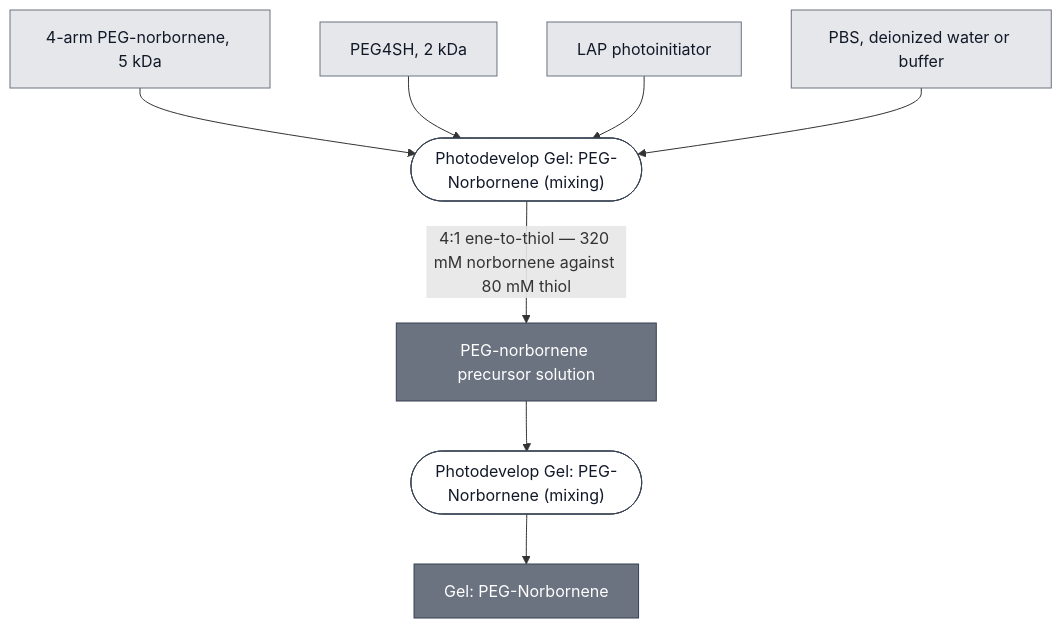
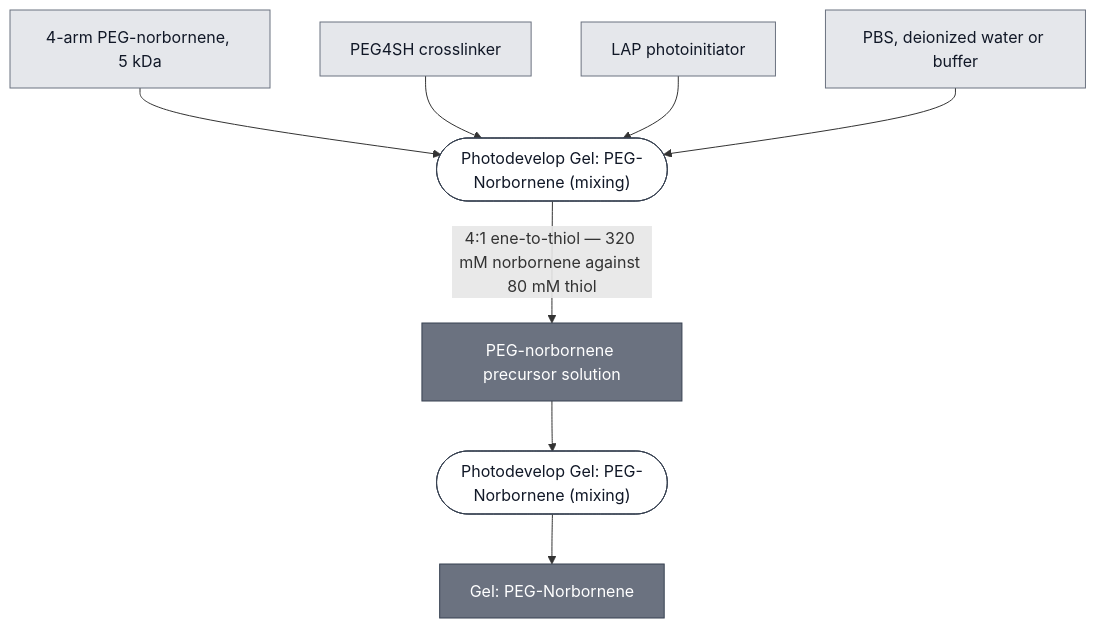
One commit to nucleus-eng/nucleus-docs changed the diagram in docs/modules/gel-peg-norbornene/spec.md. Above: the diagram before and after it, drawn with Mermaid. The commit also changed 15 other files, not shown here.

````diff
--- a/docs/modules/gel-peg-norbornene/spec.md
+++ b/docs/modules/gel-peg-norbornene/spec.md
@@ -32,33 +32,33 @@
 ```mermaid
 flowchart TD
     PEG4NB["4-arm PEG-norbornene, 5 kDa"]
-    PEG4SH["PEG4SH, 2 kDa"]
+    PEG4SH["PEG4SH crosslinker"]
     LAP["LAP photoinitiator"]
     SOLVENT["PBS, deionized water or buffer"]
 
     P1_ASSEMBLE_PRECURSOR_0(["Photodevelop Gel: PEG-Norbornene (mixing)"])
     PEG_NORBORNENE_PRECURSOR["PEG-norbornene precursor solution"]
     P2_PHOTOPATTERN_0(["Photodevelop Gel: PEG-Norbornene (mixing)"])
     GEL_PEG_NORBORNENE["Gel: PEG-Norbornene"]
 
     PEG4NB --> P1_ASSEMBLE_PRECURSOR_0
     PEG4SH --> P1_ASSEMBLE_PRECURSOR_0
     LAP --> P1_ASSEMBLE_PRECURSOR_0
     SOLVENT --> P1_ASSEMBLE_PRECURSOR_0
     P1_ASSEMBLE_PRECURSOR_0 -->|"4:1 ene-to-thiol — 320 mM norbornene against 80 mM thiol"| PEG_NORBORNENE_PRECURSOR
 
     PEG_NORBORNENE_PRECURSOR --> P2_PHOTOPATTERN_0
     P2_PHOTOPATTERN_0 --> GEL_PEG_NORBORNENE
 
 
     classDef leaf     fill:#e5e7eb,stroke:#6b7280,color:#111827;
     classDef composed fill:#6b7280,stroke:#374151,color:#ffffff;
     classDef process  fill:#ffffff,stroke:#374151,color:#111827;
     class PEG4NB,PEG4SH,LAP,SOLVENT leaf;
     class PEG_NORBORNENE_PRECURSOR,GEL_PEG_NORBORNENE composed;
     class P1_ASSEMBLE_PRECURSOR_0,P2_PHOTOPATTERN_0 process;
 
     click P1_ASSEMBLE_PRECURSOR_0 "/docs/processes/photodevelop-peg-norbornene/main"
     click P2_PHOTOPATTERN_0 "/docs/processes/photodevelop-peg-norbornene/main"
     click GEL_PEG_NORBORNENE "/docs/modules/gel-peg-norbornene/spec"
 ```
````
